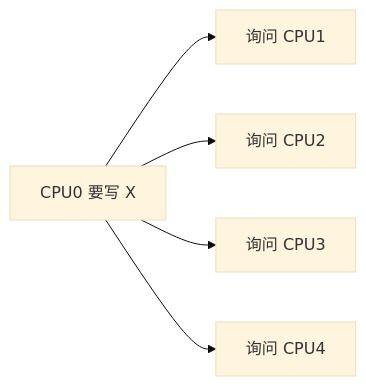
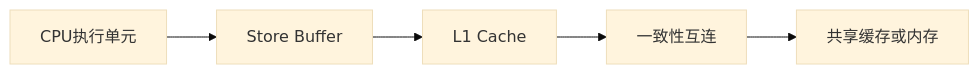
One commit to FormingSystem/linux_note changed the sixth of 9 diagrams in knowledge/foundations/computer_architecture/cache_coheren/内存一致性_MESI.md. Above: the diagram before and after it, drawn with Mermaid (base theme). The commit also changed other lines of this file and 5 other files, not shown here.

````diff
--- a/knowledge/foundations/computer_architecture/cache_coheren/内存一致性_MESI.md
+++ b/knowledge/foundations/computer_architecture/cache_coheren/内存一致性_MESI.md
@@ -367,7 +302,7 @@
 ```mermaid
 flowchart LR
-    C0["CPU0 要写 X"] --> C1["询问 CPU1"]
-    C0 --> C2["询问 CPU2"]
-    C0 --> C3["询问 CPU3"]
-    C0 --> C4["询问 CPU4"]
+    CORE["CPU执行单元"] --> SB["Store Buffer"]
+    SB --> L1["L1 Cache"]
+    L1 --> IC["一致性互连"]
+    IC --> MEM["共享缓存或内存"]
 ```
````
